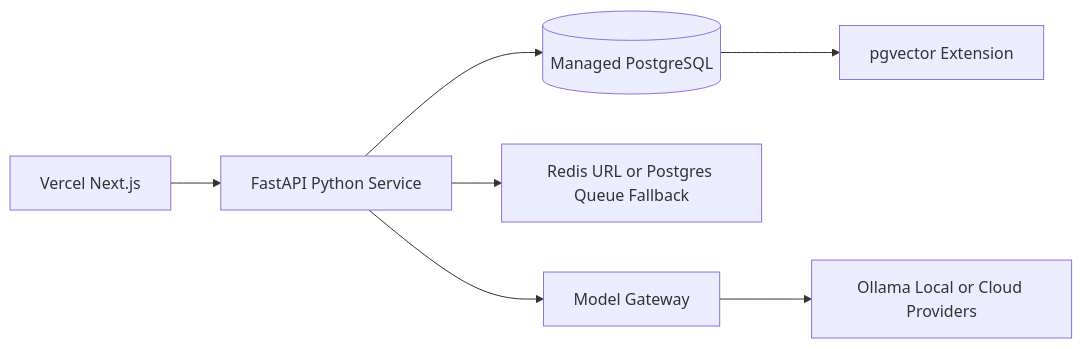
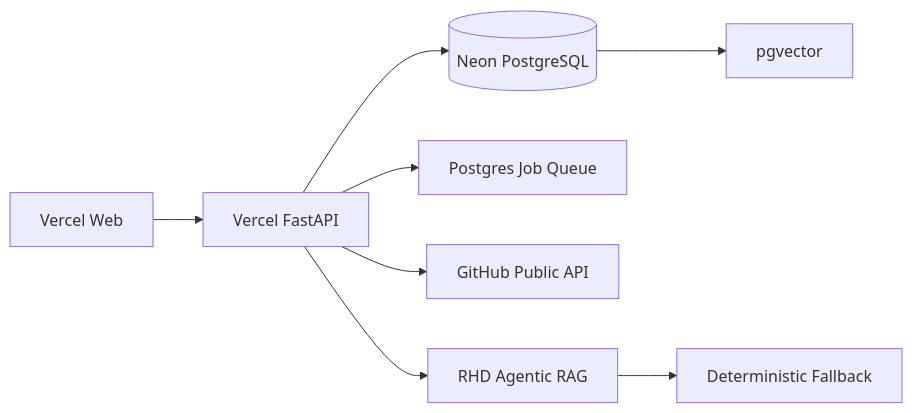
The diagram in docs/deployment-managed-cloud.md (romil569/RepoGuardian-RHD-Enterprise), drawn with Mermaid before and after one commit. The commit also changed other lines of this file and 32 other files, not shown here.

Commit message:
Adapt RepoGuardian RHD for Vercel serverless deployment

````diff
--- a/docs/deployment-managed-cloud.md
+++ b/docs/deployment-managed-cloud.md
@@ -7,9 +16,10 @@
 ```mermaid
 flowchart LR
-  V[Vercel Next.js] --> B[FastAPI Python Service]
-  B --> P[(Managed PostgreSQL)]
-  P --> PV[pgvector Extension]
-  B --> Q[Redis URL or Postgres Queue Fallback]
-  B --> M[Model Gateway]
-  M --> O[Ollama Local or Cloud Providers]
+  W[Vercel Web] --> A[Vercel FastAPI]
+  A --> N[(Neon PostgreSQL)]
+  N --> PV[pgvector]
+  A --> Q[Postgres Job Queue]
+  A --> G[GitHub Public API]
+  A --> RHD[RHD Agentic RAG]
+  RHD --> D[Deterministic Fallback]
 ```
````
